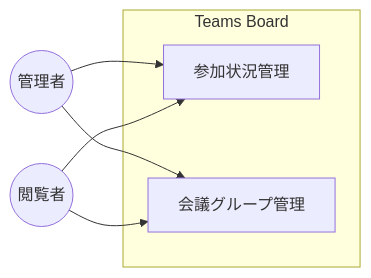
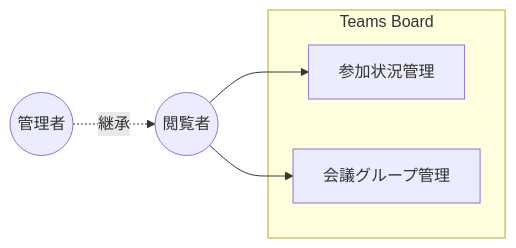
The second of 3 diagrams in docs/index.md (nuitsjp/teams-board), drawn with Mermaid before and after one commit. The commit also changed other lines of this file and 6 other files, not shown here.

````diff
--- a/docs/index.md
+++ b/docs/index.md
@@ -49,15 +58,14 @@
 ```mermaid
 graph LR
     管理者((管理者))
     閲覧者((閲覧者))
 
     subgraph Teams Board
         UC1[参加状況管理]
         UC2[会議グループ管理]
     end
 
-    管理者 --> UC1
-    管理者 --> UC2
+    管理者 -.->|継承| 閲覧者
     閲覧者 --> UC1
     閲覧者 --> UC2
 ```
````
